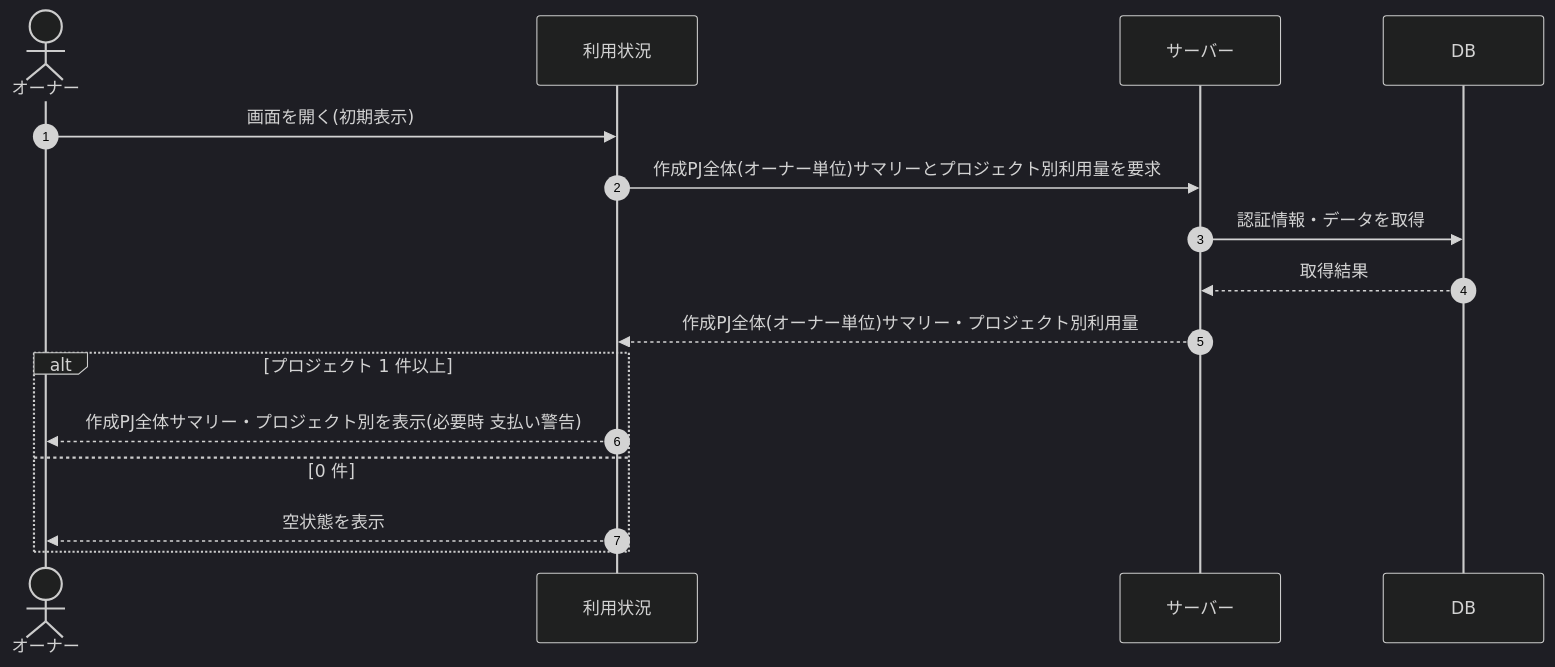
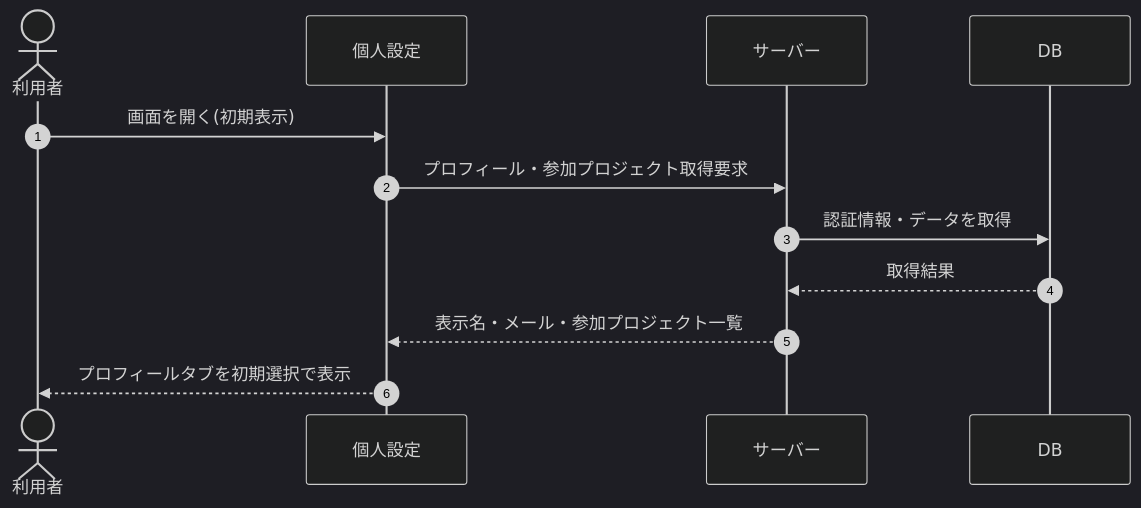
One commit to sikakou54/open-faq changed the diagram in 02_basic_design/03_sequences/SEQ-069.md. Above: the diagram before and after it, drawn with Mermaid (dark theme). The commit also changed other lines of this file and 395 other files, not shown here.

````diff
--- a/02_basic_design/03_sequences/SEQ-069.md
+++ b/02_basic_design/03_sequences/SEQ-069.md
@@ -25,18 +25,14 @@
 ```mermaid
 sequenceDiagram
   autonumber
-  actor U as オーナー
-  participant Screen as 利用状況
+  actor U as 利用者
+  participant Screen as 個人設定
   participant Server as サーバー
   participant DB as DB
   U->>Screen: 画面を開く(初期表示)
-  Screen->>Server: 作成PJ全体(オーナー単位)サマリーとプロジェクト別利用量を要求
+  Screen->>Server: プロフィール・参加プロジェクト取得要求
   Server->>DB: 認証情報・データを取得
   DB-->>Server: 取得結果
-  Server-->>Screen: 作成PJ全体(オーナー単位)サマリー・プロジェクト別利用量
-  alt プロジェクト 1 件以上
-    Screen-->>U: 作成PJ全体サマリー・プロジェクト別を表示(必要時 支払い警告)
-  else 0 件
-    Screen-->>U: 空状態を表示
-  end
+  Server-->>Screen: 表示名・メール・参加プロジェクト一覧
+  Screen-->>U: プロフィールタブを初期選択で表示
 ```
````
